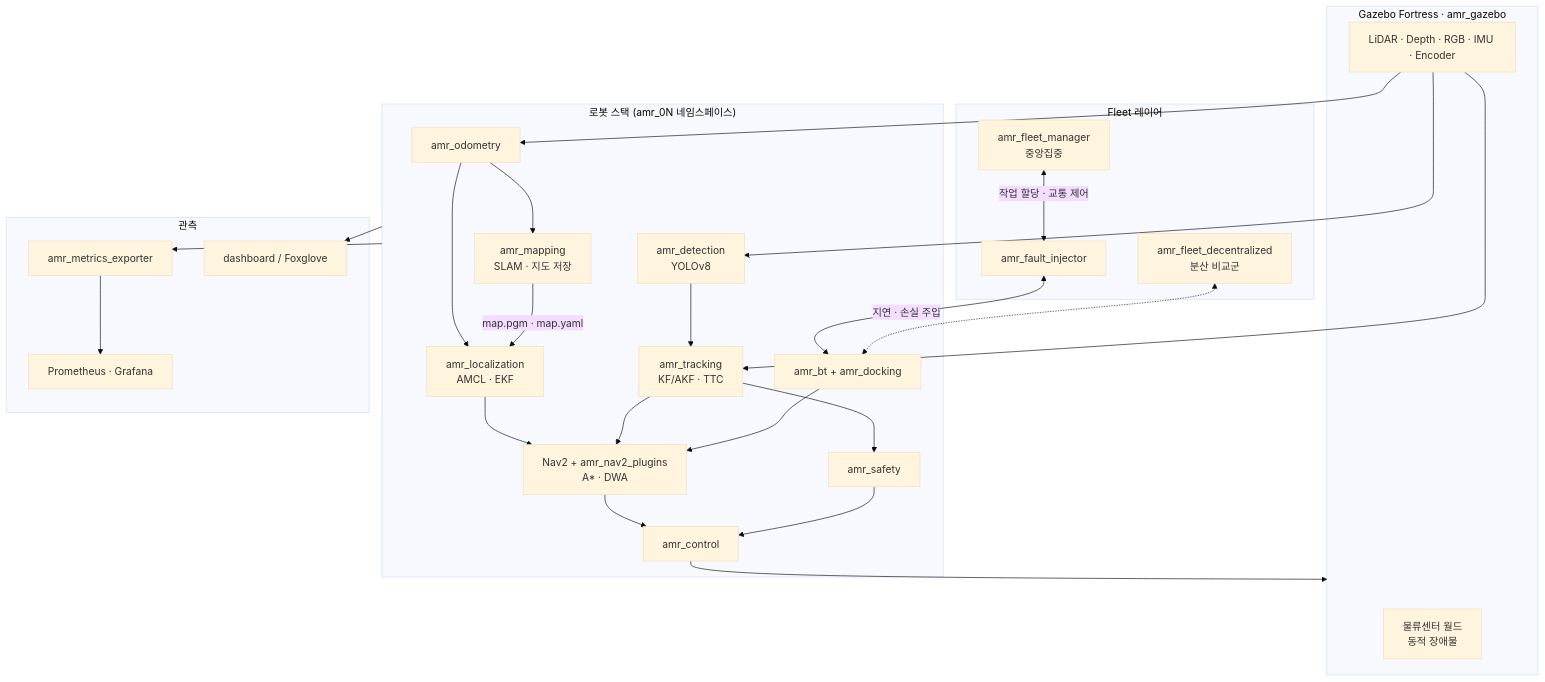
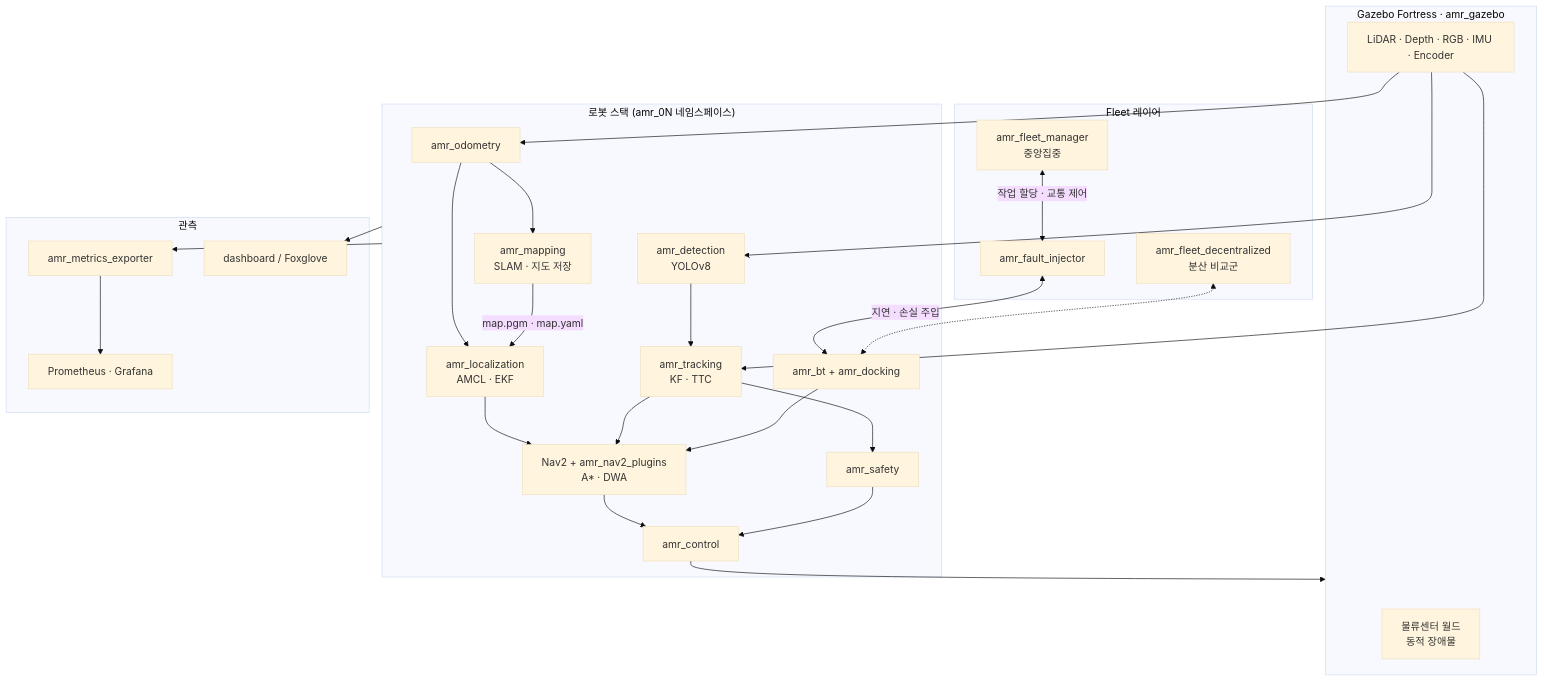
Before and after one commit to 5verflow-sogang/amr-fleet-system: the first of 2 diagrams in docs/architecture.md, drawn with Mermaid (base theme). The commit also changed other lines of this file and 4 other files, not shown here.

````diff
--- a/docs/architecture.md
+++ b/docs/architecture.md
@@ -80,47 +80,47 @@
 ```mermaid
 flowchart TB
   subgraph SIM[Gazebo Fortress · amr_gazebo]
     WORLD[물류센터 월드<br/>동적 장애물]
     SENS[LiDAR · Depth · RGB · IMU · Encoder]
   end
 
   subgraph ROBOT["로봇 스택 (amr_0N 네임스페이스)"]
     ODOM[amr_odometry]
     MAP[amr_mapping<br/>SLAM · 지도 저장]
     LOC[amr_localization<br/>AMCL · EKF]
     DET[amr_detection<br/>YOLOv8]
-    TRK[amr_tracking<br/>KF/AKF · TTC]
+    TRK[amr_tracking<br/>KF · TTC]
     SAFE[amr_safety]
     NAV[Nav2 + amr_nav2_plugins<br/>A* · DWA]
     CTRL[amr_control]
     BT[amr_bt + amr_docking]
   end
 
   subgraph FLEET[Fleet 레이어]
     FM[amr_fleet_manager<br/>중앙집중]
     FD[amr_fleet_decentralized<br/>분산 비교군]
     FI[amr_fault_injector]
   end
 
   subgraph OBS[관측]
     MET[amr_metrics_exporter]
     PROM[Prometheus · Grafana]
     DASH[dashboard / Foxglove]
   end
 
   SENS --> ODOM --> LOC
   ODOM --> MAP -->|map.pgm · map.yaml| LOC
   SENS --> DET --> TRK
   SENS --> TRK
   LOC --> NAV
   TRK --> NAV
   TRK --> SAFE
   NAV --> CTRL --> SIM
   SAFE --> CTRL
   BT --> NAV
   FM <-->|작업 할당 · 교통 제어| FI
   FI <-->|지연 · 손실 주입| BT
   FD <-.-> BT
   ROBOT --> MET --> PROM
   ROBOT --> DASH
 ```
````
